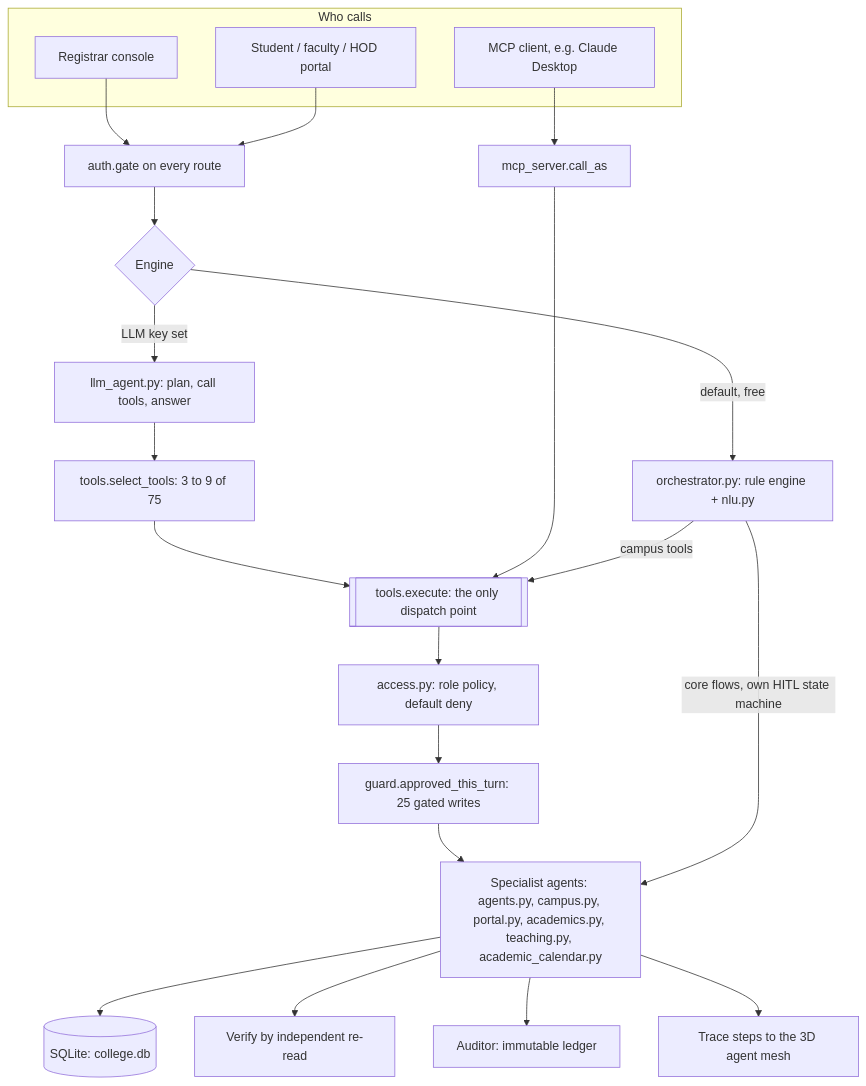
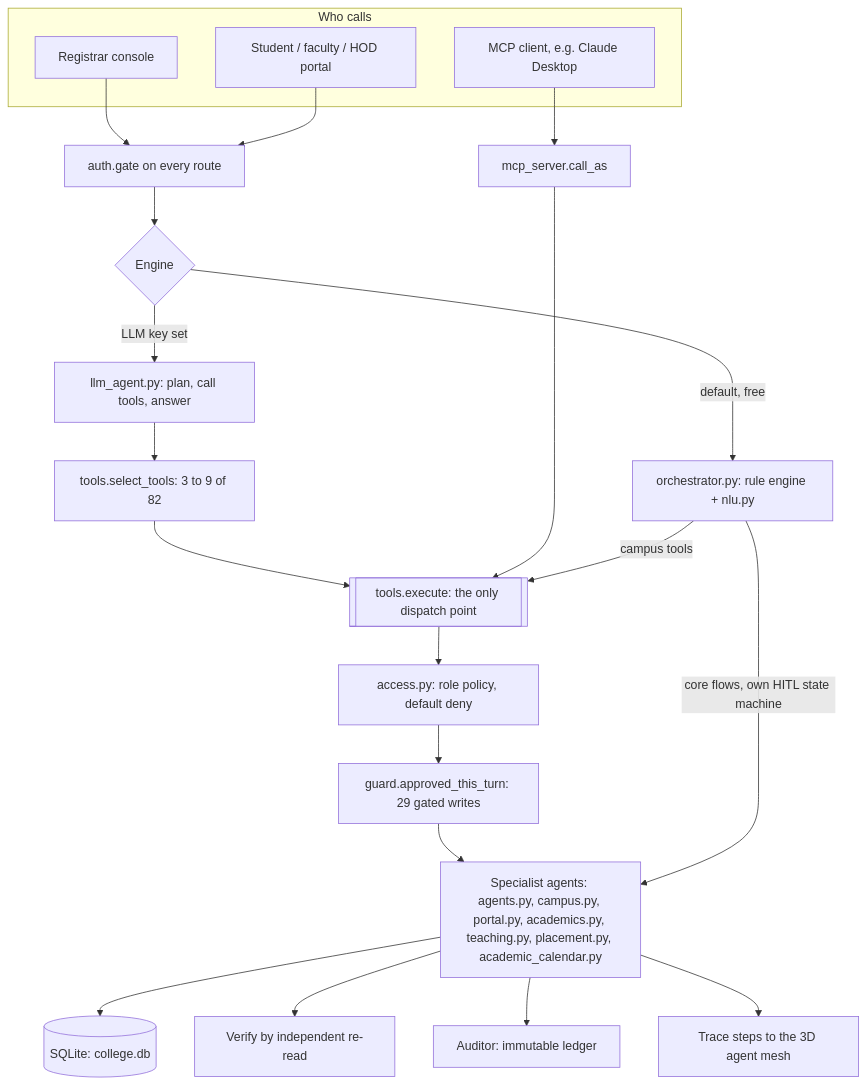
One commit to samprith02/VidyaERP changed the second of 10 diagrams in README.md. Above: the diagram before and after it, drawn with Mermaid. The commit also changed other lines of this file and 25 other files, not shown here.

````diff
--- a/README.md
+++ b/README.md
@@ -233,26 +237,26 @@
 ```mermaid
 flowchart TB
   subgraph callers [Who calls]
     RC[Registrar console]
     PT[Student / faculty / HOD portal]
     MC[MCP client, e.g. Claude Desktop]
   end
   RC --> AG[auth.gate on every route]
   PT --> AG
   AG --> EN{Engine}
   EN -->|default, free| RE[orchestrator.py: rule engine + nlu.py]
   EN -->|LLM key set| LA[llm_agent.py: plan, call tools, answer]
-  LA --> TR[tools.select_tools: 3 to 9 of 75]
+  LA --> TR[tools.select_tools: 3 to 9 of 82]
   MC --> CA[mcp_server.call_as]
   TR --> EX[[tools.execute: the only dispatch point]]
   CA --> EX
   RE -->|campus tools| EX
   EX --> AC[access.py: role policy, default deny]
-  AC --> GD[guard.approved_this_turn: 25 gated writes]
-  GD --> SP[Specialist agents: agents.py, campus.py, portal.py, academics.py, teaching.py, academic_calendar.py]
+  AC --> GD[guard.approved_this_turn: 29 gated writes]
+  GD --> SP[Specialist agents: agents.py, campus.py, portal.py, academics.py, teaching.py, placement.py, academic_calendar.py]
   RE -->|core flows, own HITL state machine| SP
   SP --> DB[(SQLite: college.db)]
   SP --> VR[Verify by independent re-read]
   SP --> AU[Auditor: immutable ledger]
   SP --> TC[Trace steps to the 3D agent mesh]
 ```
````
